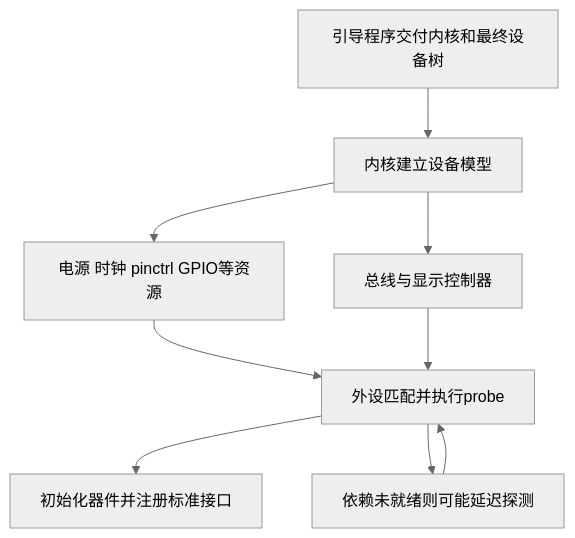
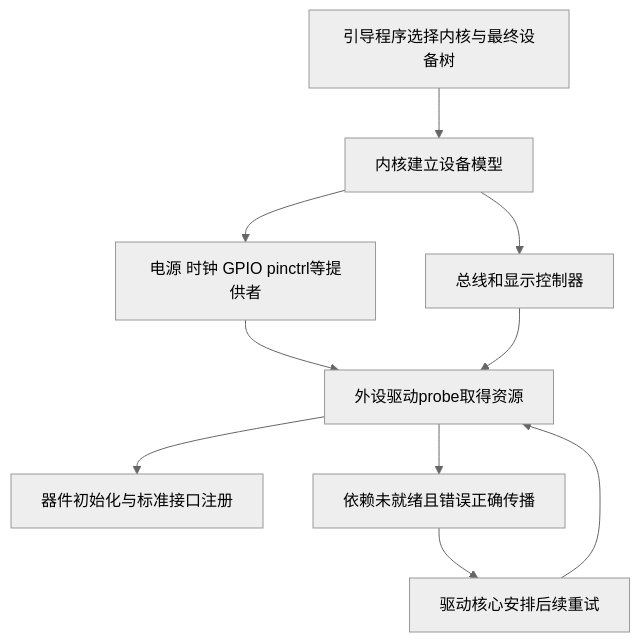
Before and after one commit to Bamboo-tt/RK3566_Ground_segment: the second of 3 diagrams in docs/RK3566_项目学习/01_项目总览.md, drawn with Mermaid (neutral theme). The commit also changed other lines of this file and 19 other files, not shown here.

````diff
--- a/docs/RK3566_项目学习/01_项目总览.md
+++ b/docs/RK3566_项目学习/01_项目总览.md
@@ -55,11 +68,12 @@
 ```mermaid
 flowchart TD
-    B[引导程序交付内核和最终设备树] --> K[内核建立设备模型]
-    K --> R[电源 时钟 pinctrl GPIO等资源]
-    K --> C[总线与显示控制器]
-    R --> P[外设匹配并执行probe]
+    B[引导程序选择内核与最终设备树] --> K[内核建立设备模型]
+    K --> R[电源 时钟 GPIO pinctrl等提供者]
+    K --> C[总线和显示控制器]
+    R --> P[外设驱动probe取得资源]
     C --> P
-    P --> I[初始化器件并注册标准接口]
-    P --> W[依赖未就绪则可能延迟探测]
+    P --> I[器件初始化与标准接口注册]
+    P --> E[依赖未就绪且错误正确传播]
+    E --> W[驱动核心安排后续重试]
     W --> P
 ```
````
